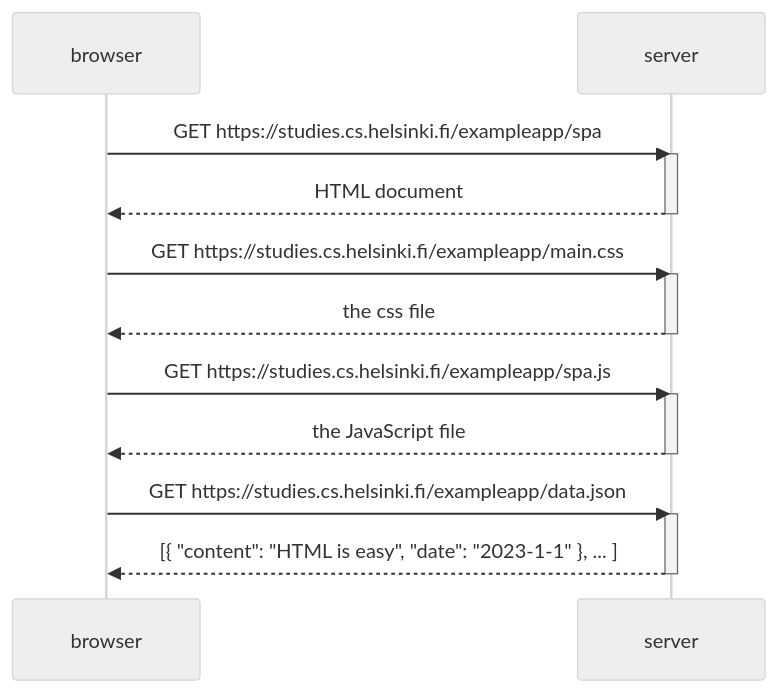
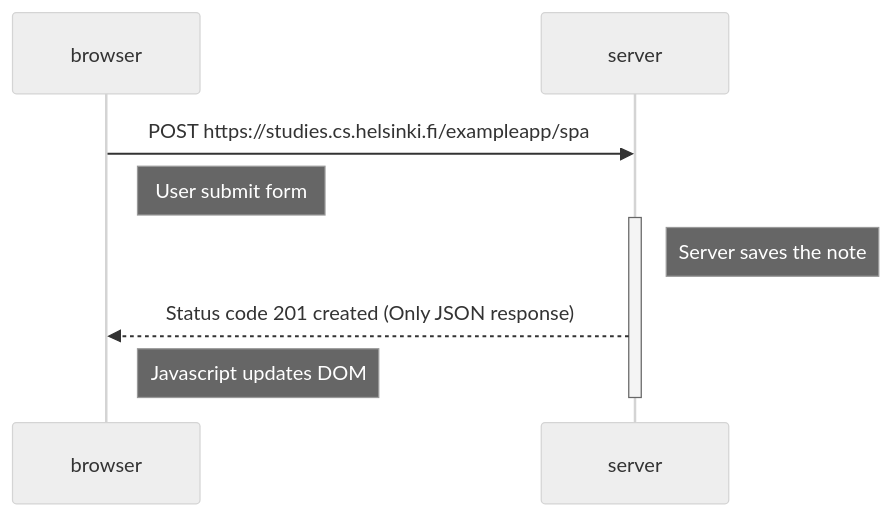
The diagram in part0/05-newNoteSPA.md (ivanpo1/fullstackopen), drawn with Mermaid (neutral theme) before and after one commit.

````diff
--- a/part0/05-newNoteSPA.md
+++ b/part0/05-newNoteSPA.md
@@ -1,25 +1,15 @@
 ```mermaid
 sequenceDiagram
     participant browser
     participant server
 
-    browser->>server: GET https://studies.cs.helsinki.fi/exampleapp/spa
+    
+    browser->>server: POST https://studies.cs.helsinki.fi/exampleapp/spa
+    Note right of browser: User submit form
     activate server
-    server-->>browser: HTML document
-    deactivate server
-
-    browser->>server: GET https://studies.cs.helsinki.fi/exampleapp/main.css
-    activate server
-    server-->>browser: the css file
-    deactivate server
-
-    browser->>server: GET https://studies.cs.helsinki.fi/exampleapp/spa.js
-    activate server
-    server-->>browser: the JavaScript file
-    deactivate server
-
-    browser->>server: GET https://studies.cs.helsinki.fi/exampleapp/data.json
-    activate server
-    server-->>browser: [{ "content": "HTML is easy", "date": "2023-1-1" }, ... ]
+    Note right of server: Server saves the note
+    server-->>browser: Status code 201 created (Only JSON response)
+    Note right of browser: Javascript updates DOM
+    
     deactivate server
 ```
````
